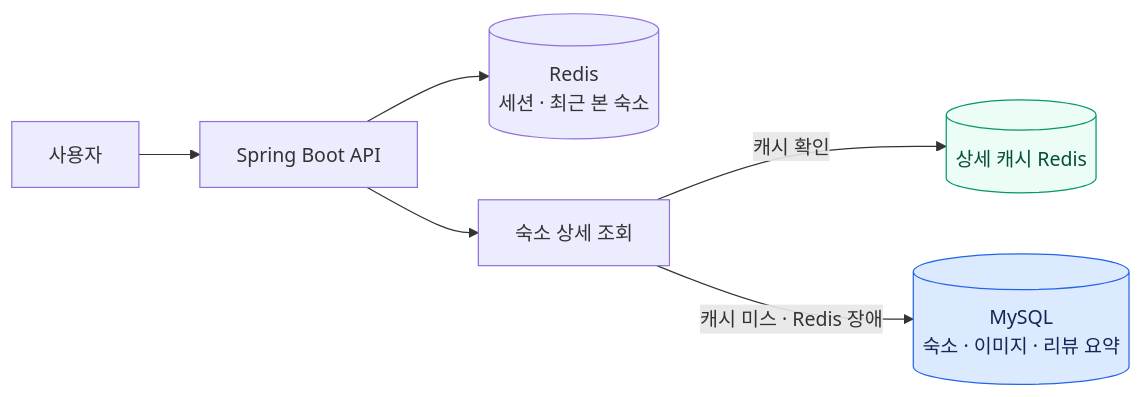
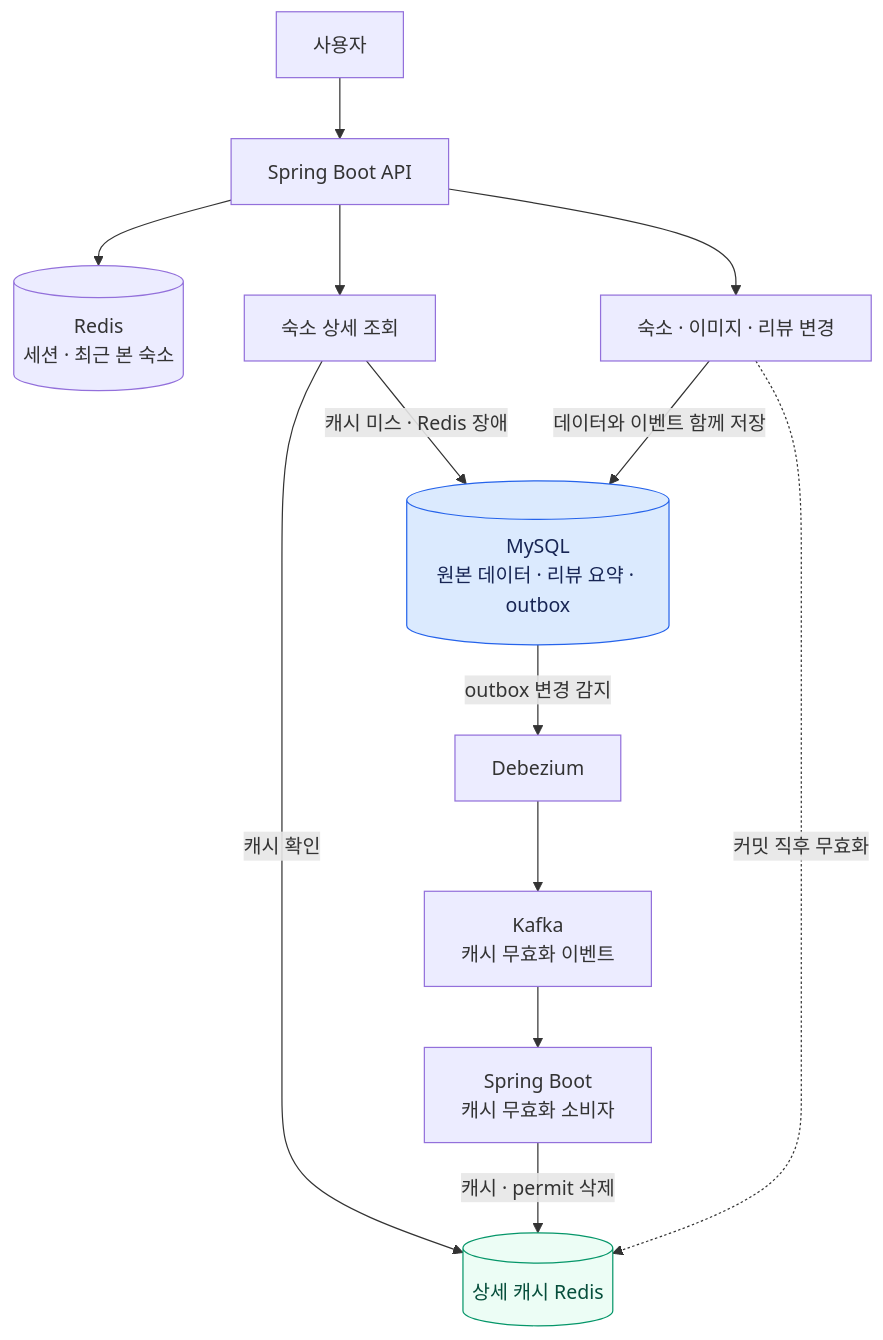
Before and after one commit to eeoos/airbob: the first of 7 diagrams in README.md, drawn with Mermaid. The commit also changed other lines of this file, not shown here.

````diff
--- a/README.md
+++ b/README.md
@@ -14,13 +33,20 @@
 ```mermaid
-flowchart LR
+flowchart TB
     User["사용자"] --> API["Spring Boot API"]
     API --> Session[("Redis<br/>세션 · 최근 본 숙소")]
     API --> Detail["숙소 상세 조회"]
     Detail -->|"캐시 확인"| Cache[("상세 캐시 Redis")]
-    Detail -->|"캐시 미스 · Redis 장애"| DB[("MySQL<br/>숙소 · 이미지 · 리뷰 요약")]
+    Detail -->|"캐시 미스 · Redis 장애"| DB[("MySQL<br/>원본 데이터 · 리뷰 요약 · outbox")]
+    API --> Change["숙소 · 이미지 · 리뷰 변경"]
+    Change -->|"데이터와 이벤트 함께 저장"| DB
+    Change -.->|"커밋 직후 무효화"| Cache
+    DB -->|"outbox 변경 감지"| CDC["Debezium"]
+    CDC --> Kafka["Kafka<br/>캐시 무효화 이벤트"]
+    Kafka --> Consumer["Spring Boot<br/>캐시 무효화 소비자"]
+    Consumer -->|"캐시 · permit 삭제"| Cache
 
     classDef primary fill:#dbeafe,stroke:#2563eb,color:#172554
     classDef derived fill:#ecfdf5,stroke:#059669,color:#064e3b
     class DB primary
     class Cache derived
 ```
````
